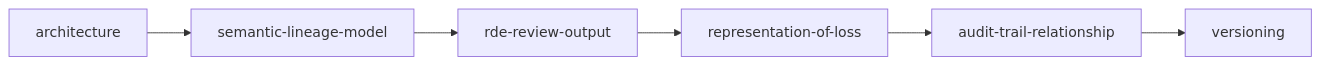
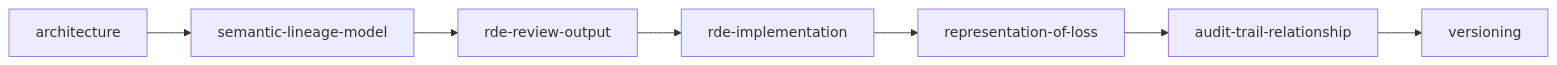
Before and after one commit to zyx-corporation/kotonoha-spec: the third of 3 diagrams in docs/introduction_ja.md, drawn with Mermaid. The commit also changed other lines of this file and 3 other files, not shown here.

````diff
--- a/docs/introduction_ja.md
+++ b/docs/introduction_ja.md
@@ -82,8 +86,9 @@
 ```mermaid
 flowchart LR
     FA[architecture] --> FB[semantic-lineage-model]
     FB --> FC[rde-review-output]
-    FC --> FD[representation-of-loss]
-    FD --> FE[audit-trail-relationship]
-    FE --> FF[versioning]
+    FC --> FD[rde-implementation]
+    FD --> FE[representation-of-loss]
+    FE --> FF[audit-trail-relationship]
+    FF --> FG[versioning]
 ```
````
